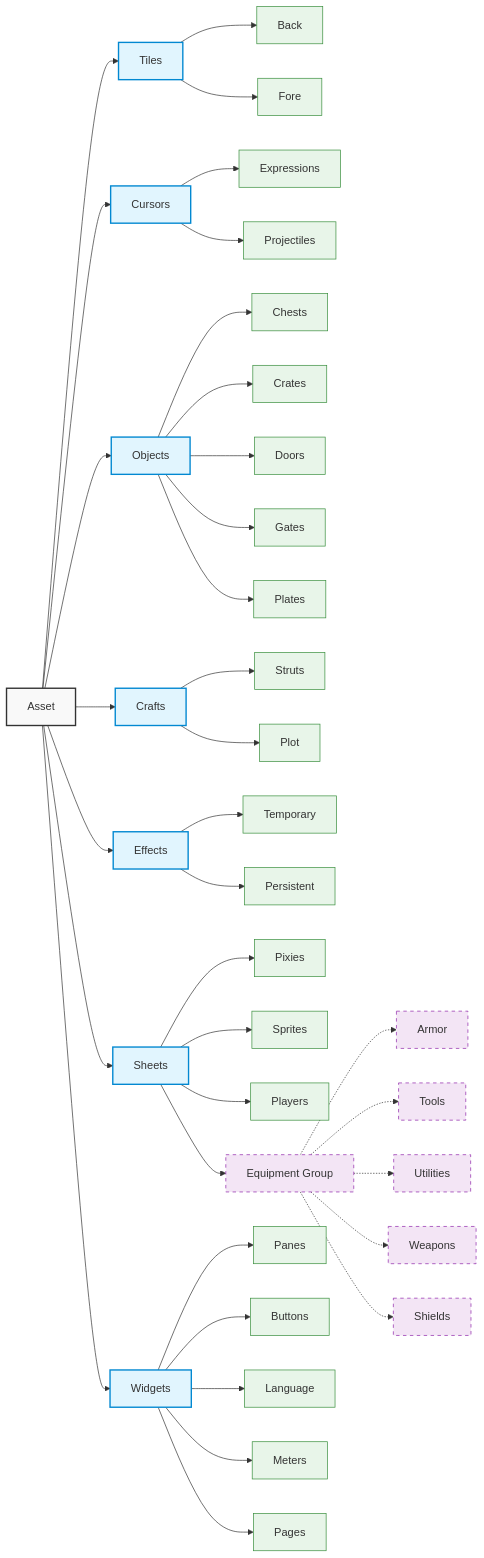
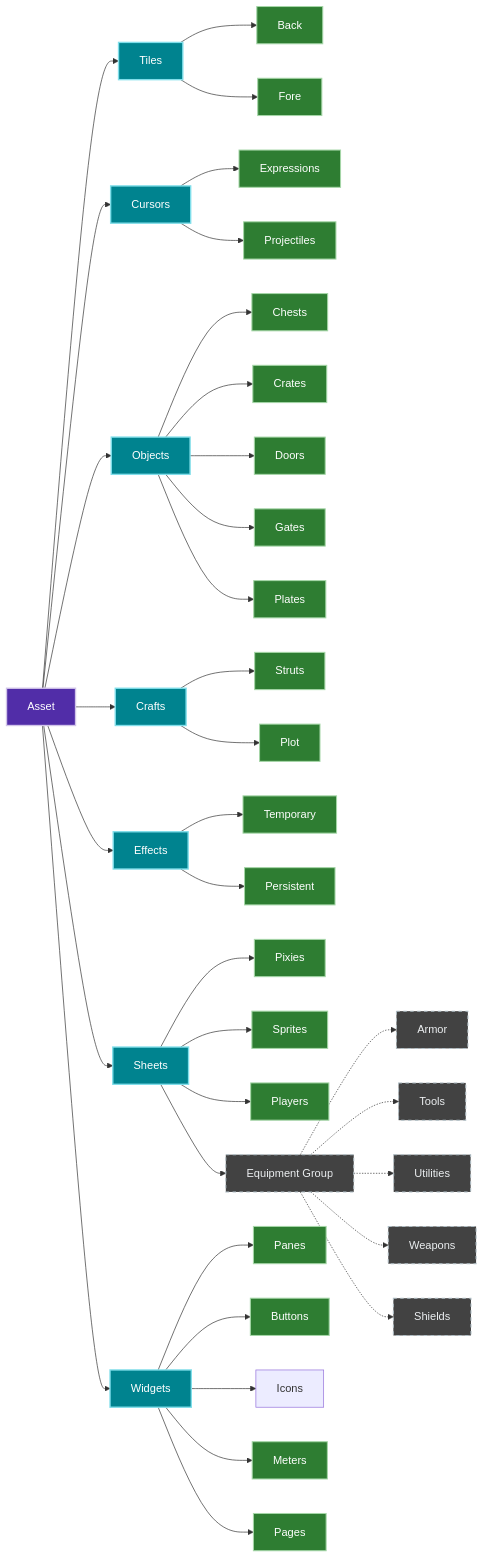
Before and after one commit to chinchalinchin/ontology: the diagram in docs/static/mmd/asset-hierarchy.mmd, drawn with Mermaid. The commit also changed 4 other files, not shown here.

```diff
--- a/docs/static/mmd/asset-hierarchy.mmd
+++ b/docs/static/mmd/asset-hierarchy.mmd
@@ -1,65 +1,65 @@
 graph LR
     %% Base
     Asset[Asset]
 
     %% Categories
     Asset --> Tiles[Tiles]
     Asset --> Cursors[Cursors]
     Asset --> Objects[Objects]
     Asset --> Crafts[Crafts]
     Asset --> Effects[Effects]
     Asset --> Sheets[Sheets]
     Asset --> Widgets[Widgets]
 
     %% Tile Instances
     Tiles --> Back[Back]
     Tiles --> Fore[Fore]
 
     %% Cursor Instances
     Cursors --> Expressions[Expressions]
     Cursors --> Projectiles[Projectiles]
 
     %% Object Instances
     Objects --> Chests[Chests]
     Objects --> Crates[Crates]
     Objects --> Doors[Doors]
     Objects --> Gates[Gates]
     Objects --> Plates[Plates]
 
     %% Craft Instances
     Crafts --> Struts[Struts]
     Crafts --> Plots[Plot]
 
     %% Effect Instances
     Effects --> Temporary[Temporary]
     Effects --> Persistent[Persistent]
 
     %% Sheet Instances & Sub-groups
     Sheets --> Pixies[Pixies]
     Sheets --> Sprites[Sprites]
     Sheets --> Players[Players]
     Sheets --> Equipment[Equipment Group]
 
     Equipment -.-> Armor[Armor]
     Equipment -.-> Tools[Tools]
     Equipment -.-> Utilities[Utilities]
     Equipment -.-> Weapons[Weapons]
     Equipment -.-> Shields[Shields]
 
     %% Widget Instances
     Widgets --> Panes[Panes]
     Widgets --> Buttons[Buttons]
-    Widgets --> Languages[Language]
+    Widgets --> Icons[Icons]
     Widgets --> Meters[Meters]
     Widgets --> Pages[Pages]
 
-    %% Styling
-    classDef base fill:#f9f9f9,stroke:#333,stroke-width:2px;
-    classDef category fill:#e1f5fe,stroke:#0288d1,stroke-width:2px;
-    classDef instance fill:#e8f5e9,stroke:#388e3c,stroke-width:1px;
-    classDef virtual fill:#f3e5f5,stroke:#8e24aa,stroke-width:1px,stroke-dasharray: 5 5;
+    %% Styling (Material Design Slate/Dark Surface with WCAG AAA High-Contrast Text)
+    classDef base fill:#512da8,stroke:#d1c4e9,stroke-width:2px,color:#ffffff;
+    classDef category fill:#00838f,stroke:#80deea,stroke-width:2px,color:#ffffff;
+    classDef instance fill:#2e7d32,stroke:#a5d6a7,stroke-width:1.5px,color:#ffffff;
+    classDef virtual fill:#424242,stroke:#b0bec5,stroke-width:1.5px,stroke-dasharray: 5 5,color:#eceff1;
 
     class Asset base;
     class Tiles,Cursors,Objects,Crafts,Effects,Sheets,Widgets category;
     class Back,Fore,Expressions,Projectiles,Chests,Crates,Doors,Gates,Plates,Struts,Plots,Temporary,Persistent,Pixies,Sprites,Players,Panes,Buttons,Languages,Meters,Pages instance;
     class Equipment,Armor,Tools,Utilities,Weapons,Shields virtual;
```
